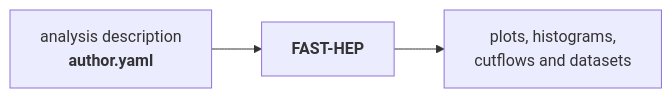
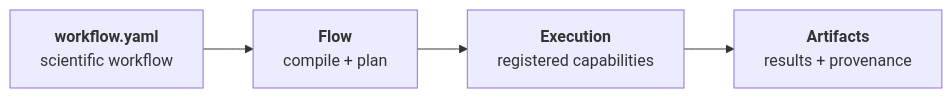
The first of 2 diagrams in content/_index.md (FAST-HEP/fast-hep.github.io), drawn with Mermaid before and after one commit. The commit also changed other lines of this file, not shown here.

````diff
--- a/content/_index.md
+++ b/content/_index.md
@@ -9,8 +13,9 @@
 ```mermaid
 flowchart LR
-    Analysis["analysis description<br/><b>author.yaml</b>"]
-    FASTHEP["<b>FAST-HEP</b>"]
-    Results["plots, histograms,<br/>cutflows and datasets"]
+    Workflow["<b>workflow.yaml</b><br/>scientific workflow"]:::input
+    Flow["<b>Flow</b><br/>compile + plan"]:::flow
+    Runtime["<b>Execution</b><br/>registered capabilities"]:::runtime
+    Artifacts["<b>Artifacts</b><br/>results + provenance"]:::artifact
 
-    Analysis --> FASTHEP --> Results
+    Workflow --> Flow --> Runtime --> Artifacts
 ```
````
